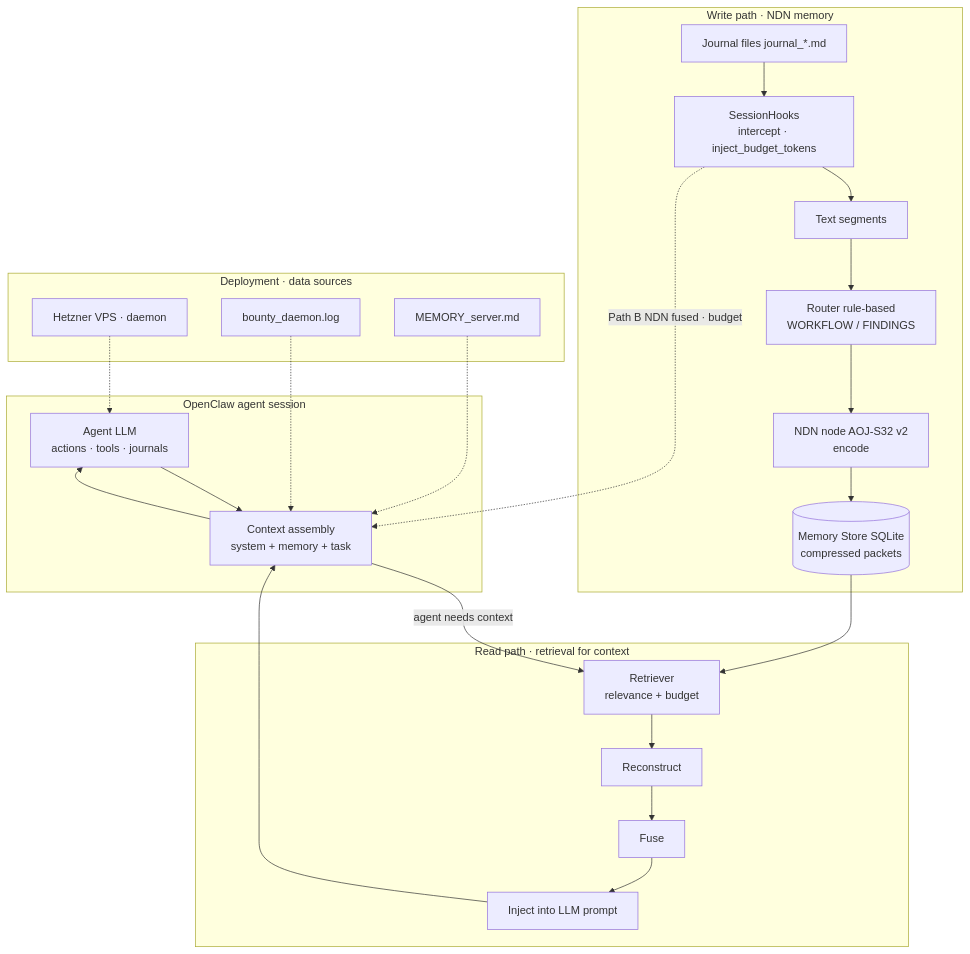
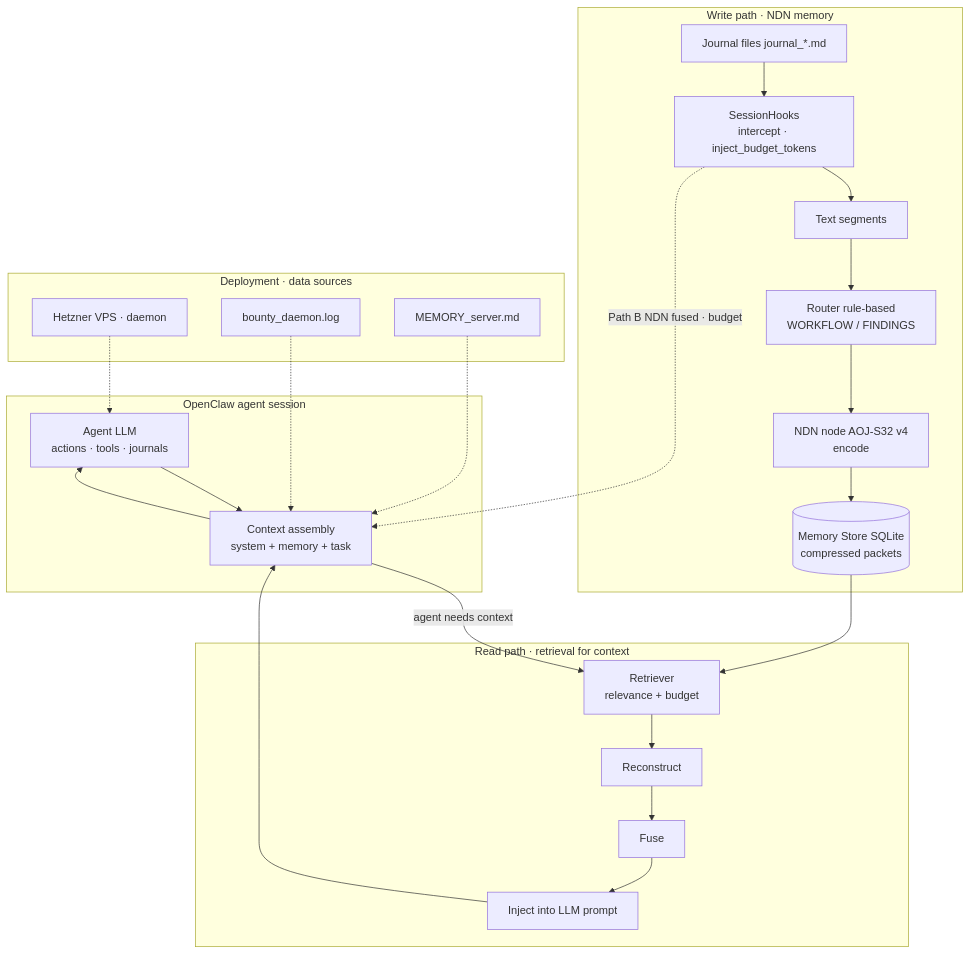
One commit to fabiocti/ndn-blueprint changed the diagram in ndn_blueprint/diagrams/diagram_06_openclaw_integration.md. Above: the diagram before and after it, drawn with Mermaid. The commit also changed other lines of this file and 14 other files, not shown here.

````diff
--- a/ndn_blueprint/diagrams/diagram_06_openclaw_integration.md
+++ b/ndn_blueprint/diagrams/diagram_06_openclaw_integration.md
@@ -11,47 +11,47 @@
 ```mermaid
 flowchart TB
     subgraph AGENT["OpenClaw agent session"]
         LLM["Agent LLM<br/>actions · tools · journals"]
         CTX["Context assembly<br/>system + memory + task"]
         CTX --> LLM
         LLM --> CTX
     end
 
     subgraph INGEST["Write path · NDN memory"]
         SH["SessionHooks<br/>intercept · inject_budget_tokens"]
         SEG["Text segments"]
         J["Journal files journal_*.md"]
         R["Router rule-based<br/>WORKFLOW / FINDINGS"]
-        NODE["NDN node AOJ-S32 v2<br/>encode"]
+        NODE["NDN node AOJ-S32 v4<br/>encode"]
         MS[("Memory Store SQLite<br/>compressed packets")]
 
         J --> SH
         SH --> SEG
         SEG --> R
         R --> NODE
         NODE --> MS
     end
 
     subgraph RETRIEVE["Read path · retrieval for context"]
         RET["Retriever<br/>relevance + budget"]
         REC["Reconstruct"]
         FUSE["Fuse"]
         INJ["Inject into LLM prompt"]
         MS --> RET
         RET --> REC --> FUSE --> INJ
         INJ --> CTX
     end
 
     CTX -->|agent needs context| RET
     SH -.->|"Path B NDN fused · budget"| CTX
 
     subgraph SOURCES["Deployment · data sources"]
         VPS["Hetzner VPS · daemon"]
         LOG["bounty_daemon.log"]
         MEM["MEMORY_server.md"]
     end
 
     VPS -.-> LLM
     LOG -.-> CTX
     MEM -.-> CTX
 ```
````
